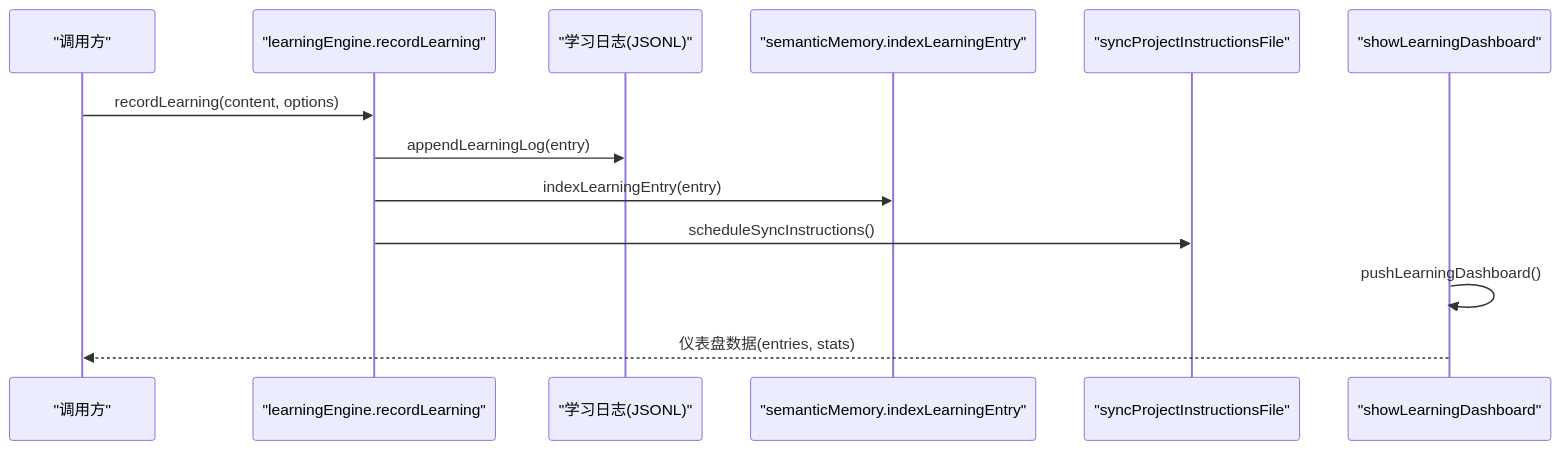
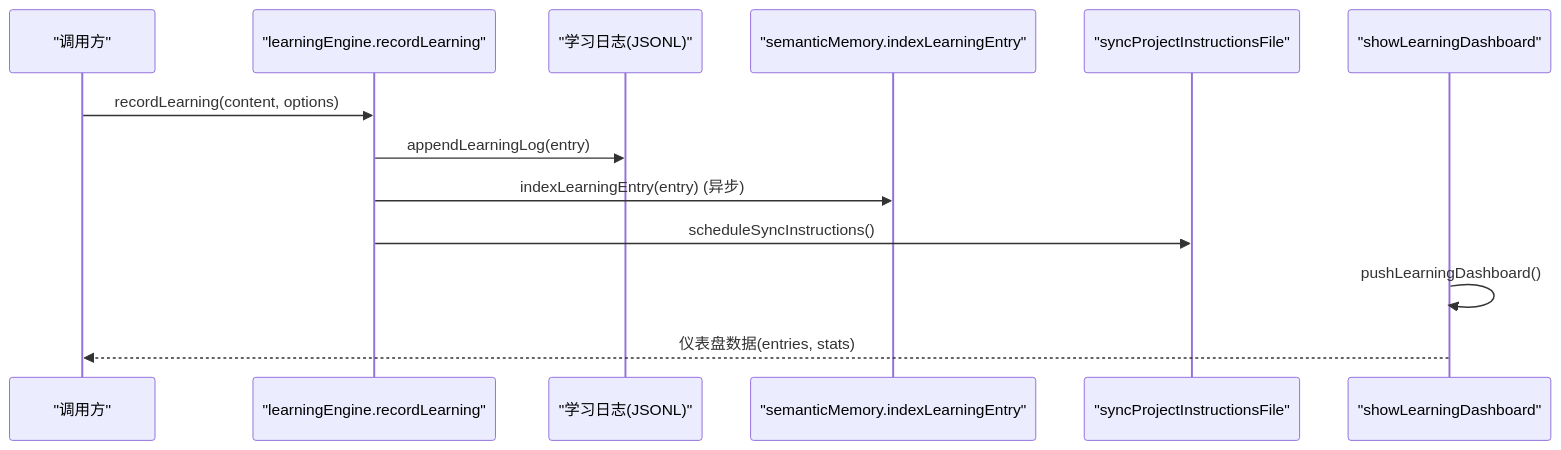
Before and after one commit to sofate798/KodrixCode: the second of 8 diagrams in .qoder/repowiki/zh/content/Agent 操作系统/Memory 记忆系统/Learning Engine 学习引擎.md, drawn with Mermaid. The commit also changed other lines of this file and 84 other files, not shown here.

````diff
--- a/.qoder/repowiki/zh/content/Agent 操作系统/Memory 记忆系统/Learning Engine 学习引擎.md
+++ b/.qoder/repowiki/zh/content/Agent 操作系统/Memory 记忆系统/Learning Engine 学习引擎.md
@@ -95,15 +104,15 @@
 ```mermaid
 sequenceDiagram
 participant Caller as "调用方"
 participant LE as "learningEngine.recordLearning"
 participant Log as "学习日志(JSONL)"
 participant SM as "semanticMemory.indexLearningEntry"
 participant Instr as "syncProjectInstructionsFile"
 participant Panel as "showLearningDashboard"
 Caller->>LE : recordLearning(content, options)
 LE->>Log : appendLearningLog(entry)
-LE->>SM : indexLearningEntry(entry)
+LE->>SM : indexLearningEntry(entry) (异步)
 LE->>Instr : scheduleSyncInstructions()
 Panel->>Panel : pushLearningDashboard()
 Panel-->>Caller : 仪表盘数据(entries, stats)
 ```
````
